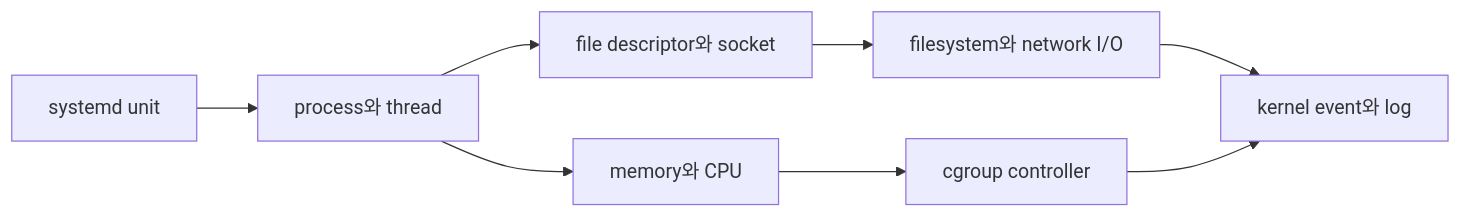
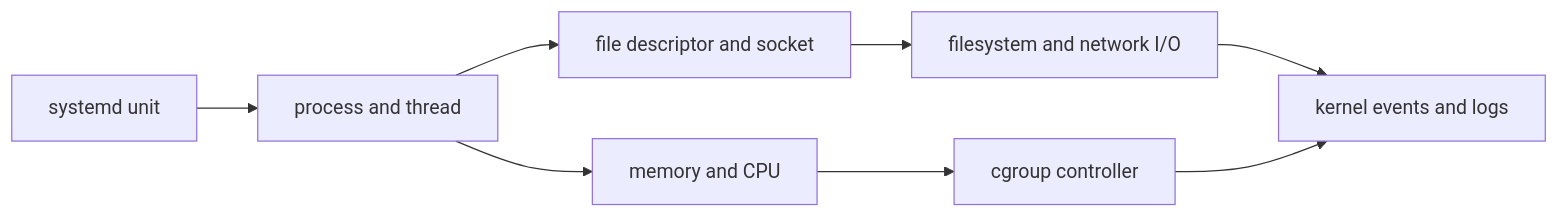
Before and after one commit to nohdol97/nohdol-study: the diagram in docs-site/content/linux/00-roadmap.md, drawn with Mermaid. The commit also changed other lines of this file and 116 other files, not shown here.

````diff
--- a/docs-site/content/linux/00-roadmap.md
+++ b/docs-site/content/linux/00-roadmap.md
@@ -33,10 +33,10 @@
 ```mermaid
 flowchart LR
-    U[systemd unit] --> P[process와 thread]
-    P --> F[file descriptor와 socket]
-    P --> M[memory와 CPU]
-    F --> IO[filesystem와 network I/O]
+    U[systemd unit] --> P[process and thread]
+    P --> F[file descriptor and socket]
+    P --> M[memory and CPU]
+    F --> IO[filesystem and network I/O]
     M --> C[cgroup controller]
-    IO --> K[kernel event와 log]
+    IO --> K[kernel events and logs]
     C --> K
 ```
````
